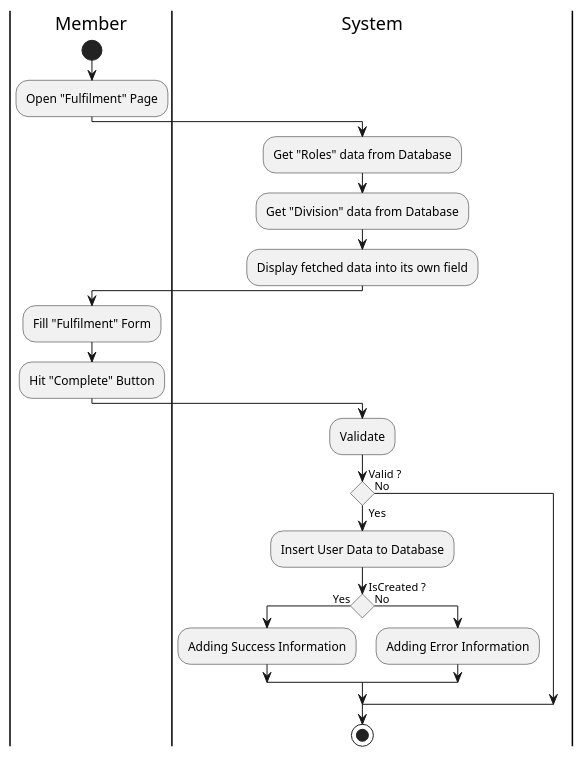
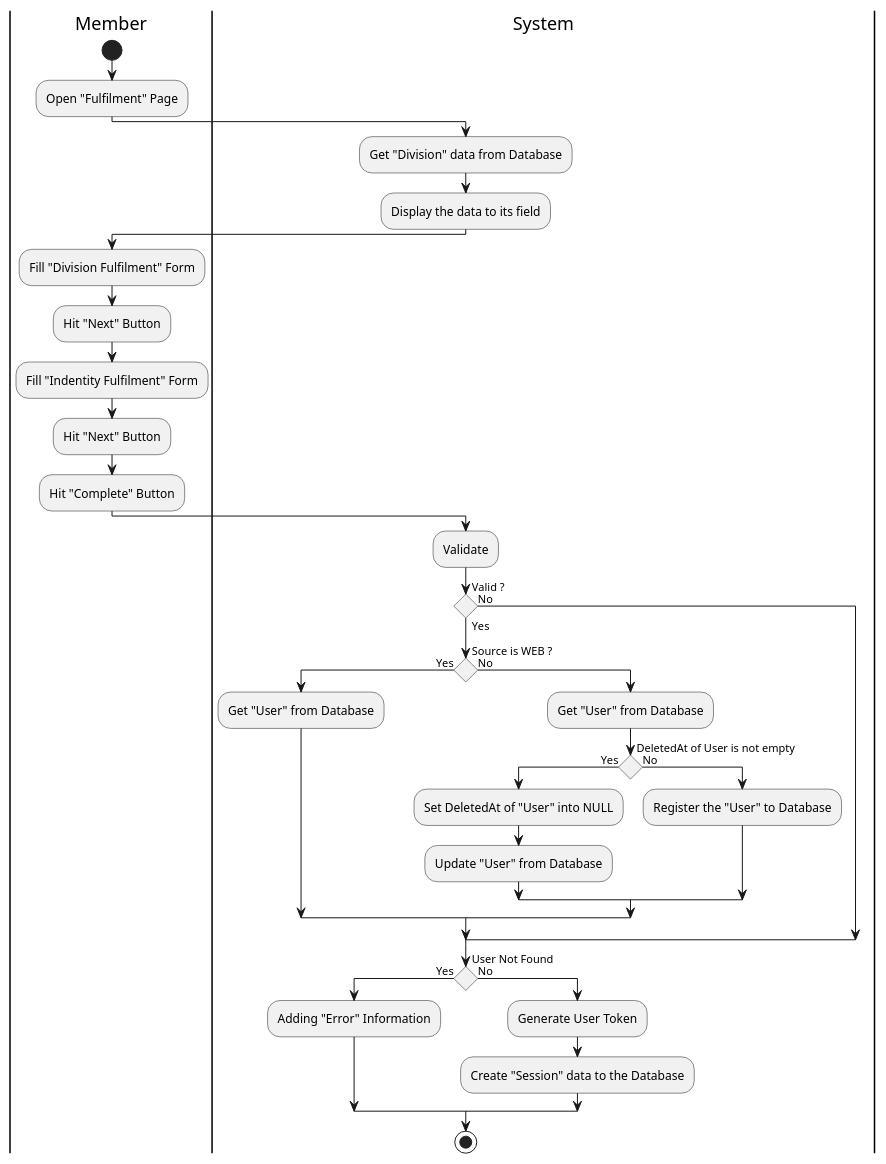
The diagram in Activity/Release01/Register.wsd (fwidjaya20/fazzlearning-uml), drawn with PlantUML before and after one commit. The commit also changed 7 other files, not shown here.

```diff
--- a/Activity/Release01/Register.wsd
+++ b/Activity/Release01/Register.wsd
@@ -1,36 +1,53 @@
 @startuml Register
 
 skinparam ConditionEndStyle hline
 skinparam conditionStyle diamond
 skinparam Monochrome true
 skinparam Shadowing false
 
 |Member|
 start
 :Open "Fulfilment" Page;
 
-
 |System|
-:Get "Roles" data from Database;
 :Get "Division" data from Database;
-:Display fetched data into its own field;
+:Display the data to its field;
 
 |Member|
-:Fill "Fulfilment" Form;
+:Fill "Division Fulfilment" Form;
+:Hit "Next" Button;
+
+:Fill "Indentity Fulfilment" Form;
+:Hit "Next" Button;
+
 :Hit "Complete" Button;
 
 |System|
 :Validate;
 
 if (Valid ?) then (Yes)
-    :Insert User Data to Database;
-    if (IsCreated ?) then (Yes)
-        :Adding Success Information;
+    if (Source is WEB ?) then (Yes)
+        :Get "User" from Database;
     else (No)
-        :Adding Error Information;
+        :Get "User" from Database;
+
+        if (DeletedAt of User is not empty) then (Yes)
+            :Set DeletedAt of "User" into NULL;
+            :Update "User" from Database;
+        else (No)
+            :Register the "User" to Database;
+        endif
     endif
 else (No)
 endif
+
+if (User Not Found) then (Yes)
+    :Adding "Error" Information;
+else (No)
+    :Generate User Token;
+    :Create "Session" data to the Database;
+endif
+
 stop
 
 @enduml
```
